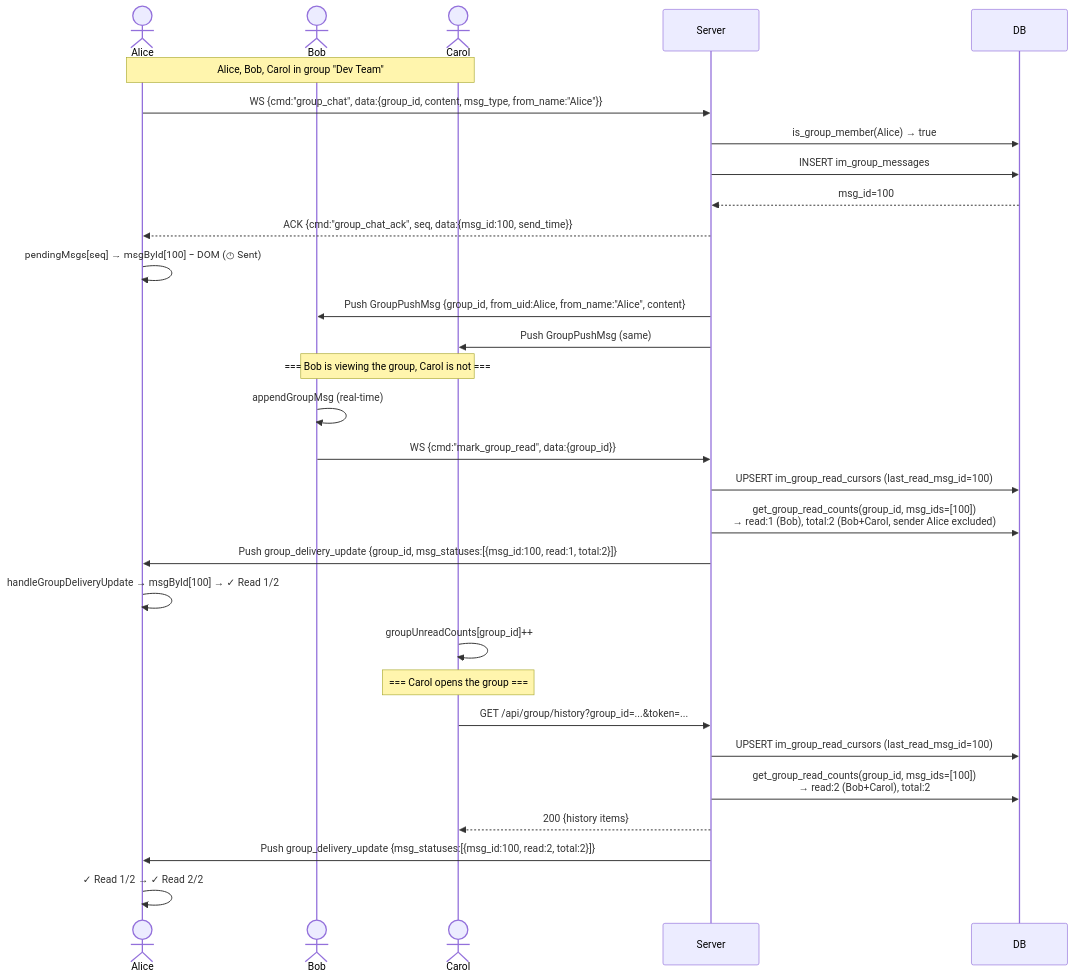
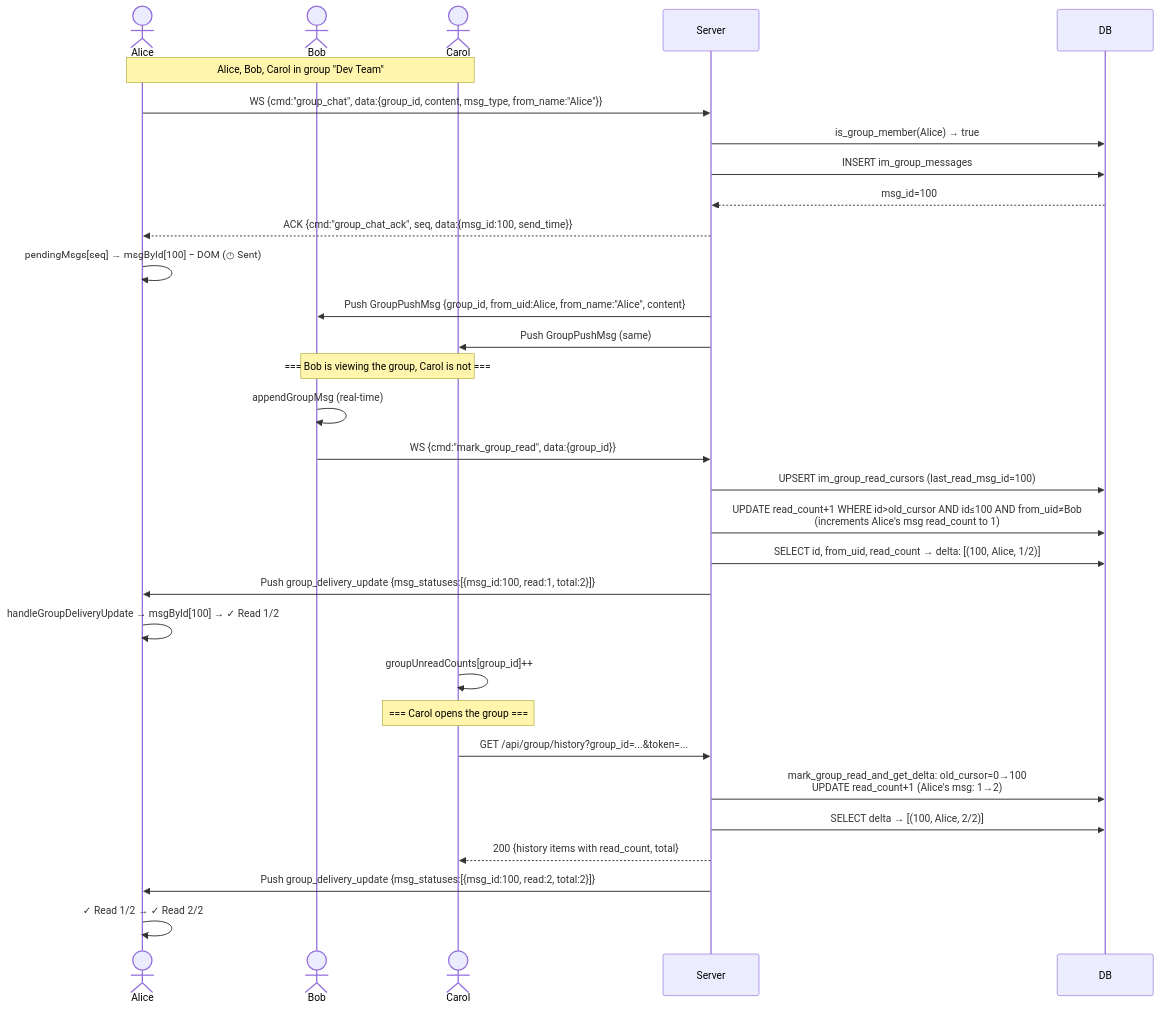
One commit to csmyx/myx-im changed the fourth of 12 diagrams in doc/schema.md. Above: the diagram before and after it, drawn with Mermaid. The commit also changed other lines of this file and 14 other files, not shown here.

First line of the commit message:
perf: stored read_count on im_group_messages (Plan B — increment at write time)

````diff
--- a/doc/schema.md
+++ b/doc/schema.md
@@ -215,35 +216,36 @@
 ```mermaid
 sequenceDiagram
     actor Alice
     actor Bob
     actor Carol
     participant Server
     participant DB
 
     Note over Alice, Carol: Alice, Bob, Carol in group "Dev Team"
     Alice->>Server: WS {cmd:"group_chat", data:{group_id, content, msg_type, from_name:"Alice"}}
     Server->>DB: is_group_member(Alice) → true
     Server->>DB: INSERT im_group_messages
     DB-->>Server: msg_id=100
     Server-->>Alice: ACK {cmd:"group_chat_ack", seq, data:{msg_id:100, send_time}}
     Alice->>Alice: pendingMsgs[seq] → msgById[100] = DOM (◷ Sent)
     Server->>Bob: Push GroupPushMsg {group_id, from_uid:Alice, from_name:"Alice", content}
     Server->>Carol: Push GroupPushMsg (same)
 
     Note over Bob, Carol: === Bob is viewing the group, Carol is not ===
     Bob->>Bob: appendGroupMsg (real-time)
     Bob->>Server: WS {cmd:"mark_group_read", data:{group_id}}
     Server->>DB: UPSERT im_group_read_cursors (last_read_msg_id=100)
-    Server->>DB: get_group_read_counts(group_id, msg_ids=[100])<br/>→ read:1 (Bob), total:2 (Bob+Carol, sender Alice excluded)
-    Server->>Alice: Push group_delivery_update {group_id, msg_statuses:[{msg_id:100, read:1, total:2}]}
+    Server->>DB: UPDATE read_count+1 WHERE id>old_cursor AND id≤100 AND from_uid≠Bob<br/>(increments Alice's msg read_count to 1)
+    Server->>DB: SELECT id, from_uid, read_count → delta: [(100, Alice, 1/2)]
+    Server->>Alice: Push group_delivery_update {msg_statuses:[{msg_id:100, read:1, total:2}]}
     Alice->>Alice: handleGroupDeliveryUpdate → msgById[100] → ✓ Read 1/2
     Carol->>Carol: groupUnreadCounts[group_id]++
 
     Note over Carol: === Carol opens the group ===
     Carol->>Server: GET /api/group/history?group_id=...&token=...
-    Server->>DB: UPSERT im_group_read_cursors (last_read_msg_id=100)
-    Server->>DB: get_group_read_counts(group_id, msg_ids=[100])<br/>→ read:2 (Bob+Carol), total:2
-    Server-->>Carol: 200 {history items}
+    Server->>DB: mark_group_read_and_get_delta: old_cursor=0→100<br/>UPDATE read_count+1 (Alice's msg: 1→2)
+    Server->>DB: SELECT delta → [(100, Alice, 2/2)]
+    Server-->>Carol: 200 {history items with read_count, total}
     Server->>Alice: Push group_delivery_update {msg_statuses:[{msg_id:100, read:2, total:2}]}
     Alice->>Alice: ✓ Read 1/2 → ✓ Read 2/2
 ```
````
